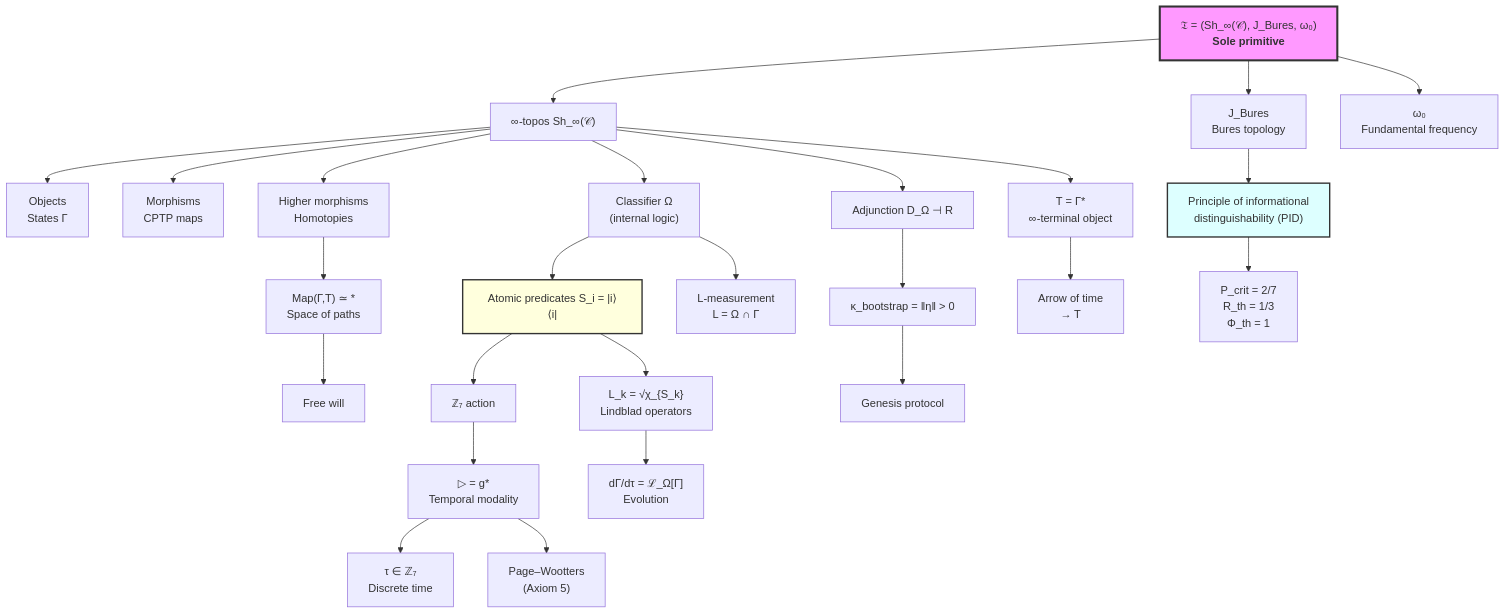
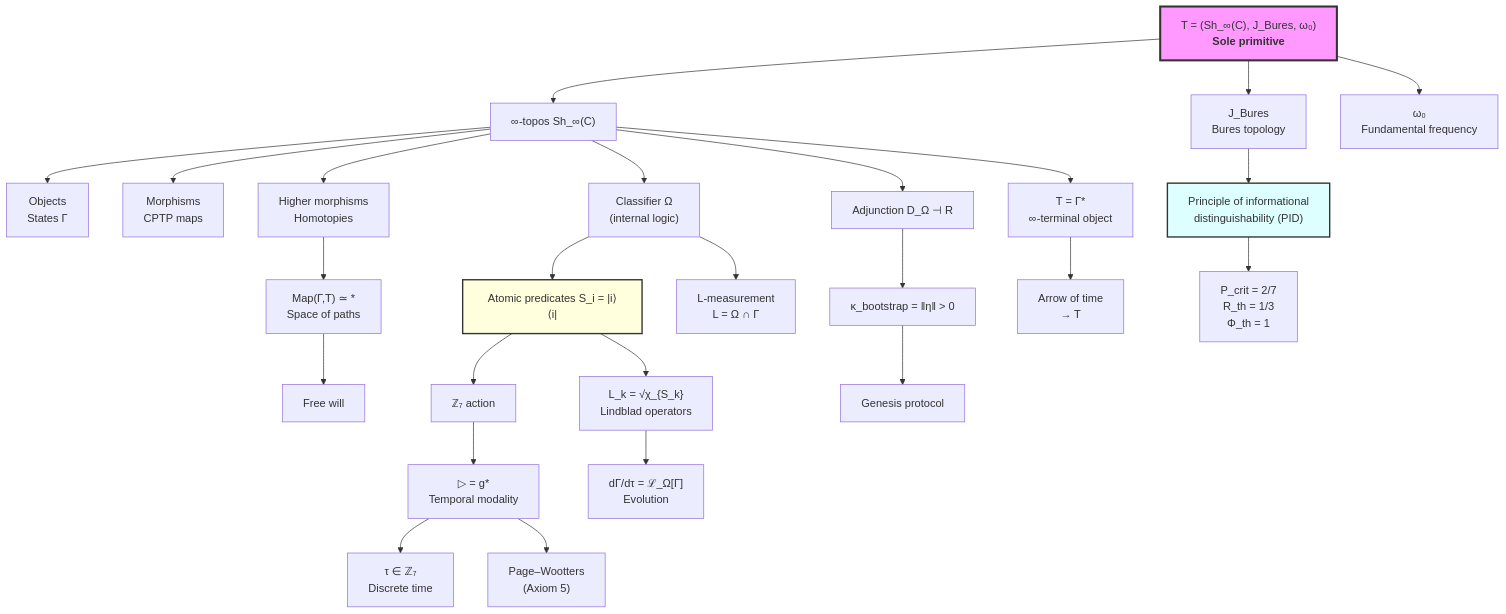
One commit to uhm-theory/holon changed the second of 2 diagrams in website/docs/core/foundations/axiom-omega.md. Above: the diagram before and after it, drawn with Mermaid. The commit also changed other lines of this file and 80 other files, not shown here.

````diff
--- a/website/docs/core/foundations/axiom-omega.md
+++ b/website/docs/core/foundations/axiom-omega.md
@@ -1547,40 +1547,40 @@
 ```mermaid
 graph TD
-    Prim["𝔗 = (Sh_∞(𝒞), J_Bures, ω₀)<br/><b>Sole primitive</b>"] --> T["∞-topos Sh_∞(𝒞)"]
+    Prim["T = (Sh_∞(C), J_Bures, ω₀)<br/><b>Sole primitive</b>"] --> T["∞-topos Sh_∞(C)"]
     Prim --> Bures["J_Bures<br/>Bures topology"]
     Prim --> Omega0["ω₀<br/>Fundamental frequency"]
 
     T --> Ob["Objects<br/>States Γ"]
     T --> Mor["Morphisms<br/>CPTP maps"]
     T --> Higher["Higher morphisms<br/>Homotopies"]
     T --> Omega["Classifier Ω<br/>(internal logic)"]
 
     Omega --> Atoms["Atomic predicates S_i = |i⟩⟨i|"]
     Atoms --> Z7["ℤ₇ action"]
     Z7 --> Modal["▷ = g*<br/>Temporal modality"]
 
     Omega --> L["L-measurement<br/>L = Ω ∩ Γ"]
     Atoms --> Lk["L_k = √χ_{S_k}<br/>Lindblad operators"]
 
     T --> Adj["Adjunction D_Ω ⊣ R"]
     Adj --> Kboot["κ_bootstrap = ‖η‖ > 0"]
 
     Bures --> PIR["Principle of informational<br/>distinguishability (PID)"]
     PIR --> Thresholds["P_crit = 2/7<br/>R_th = 1/3<br/>Φ_th = 1"]
 
     Modal --> tau["τ ∈ ℤ₇<br/>Discrete time"]
     Modal --> PW["Page–Wootters<br/>(Axiom 5)"]
 
     Lk --> Evol["dΓ/dτ = ℒ_Ω[Γ]<br/>Evolution"]
 
     T --> Term["T = Γ*<br/>∞-terminal object"]
     Term --> Arrow["Arrow of time<br/>→ T"]
     Higher --> Freedom["Map(Γ,T) ≃ *<br/>Space of paths"]
     Freedom --> Will["Free will"]
 
     Kboot --> Genesis["Genesis protocol"]
 
     style Prim fill:#f9f,stroke:#333,stroke-width:3px
     style Atoms fill:#ffd,stroke:#333,stroke-width:2px
     style PIR fill:#dff,stroke:#333,stroke-width:2px
 ```
````
